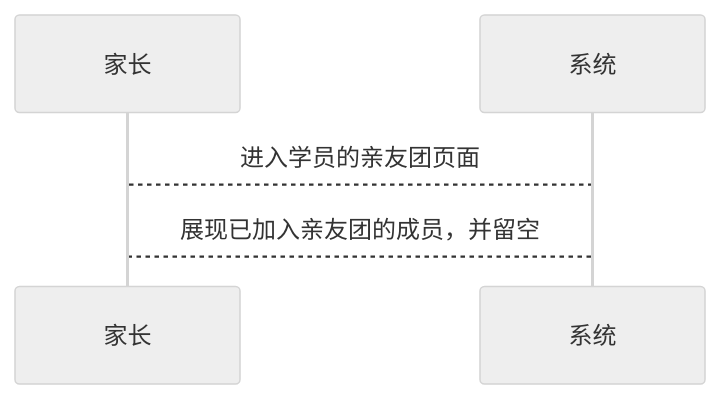
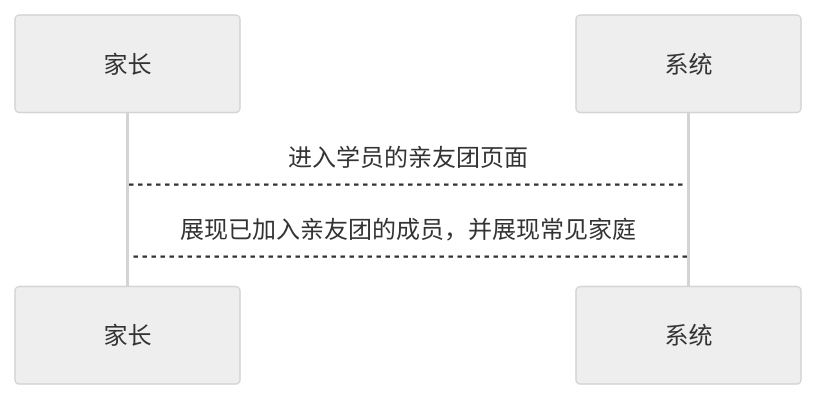
The first of 2 diagrams in 用例/家长-学员关系绑定.md (world-wide-web/sign), drawn with Mermaid (neutral theme) before and after one commit. The commit also changed other lines of this file, not shown here.

````diff
--- a/用例/家长-学员关系绑定.md
+++ b/用例/家长-学员关系绑定.md
@@ -10,8 +10,8 @@
 ```mermaid
 sequenceDiagram
 
 家长-->系统: 进入学员的亲友团页面
 
-系统-->家长: 展现已加入亲友团的成员，并留空
+系统-->家长: 展现已加入亲友团的成员，并展现常见家庭
 
 ```
````
